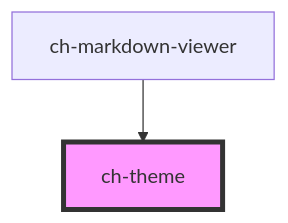
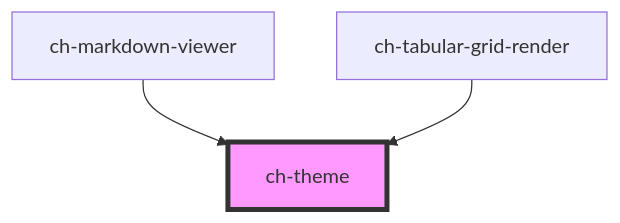
One commit to genexuslabs/chameleon-controls-library changed the diagram in src/components/theme/readme.md. Above: the diagram before and after it, drawn with Mermaid. The commit also changed other lines of this file and 2 other files, not shown here.

Commit message:
Update readmes

````diff
--- a/src/components/theme/readme.md
+++ b/src/components/theme/readme.md
@@ -39,5 +40,6 @@
 ```mermaid
 graph TD;
   ch-markdown-viewer --> ch-theme
+  ch-tabular-grid-render --> ch-theme
   style ch-theme fill:#f9f,stroke:#333,stroke-width:4px
 ```
````
